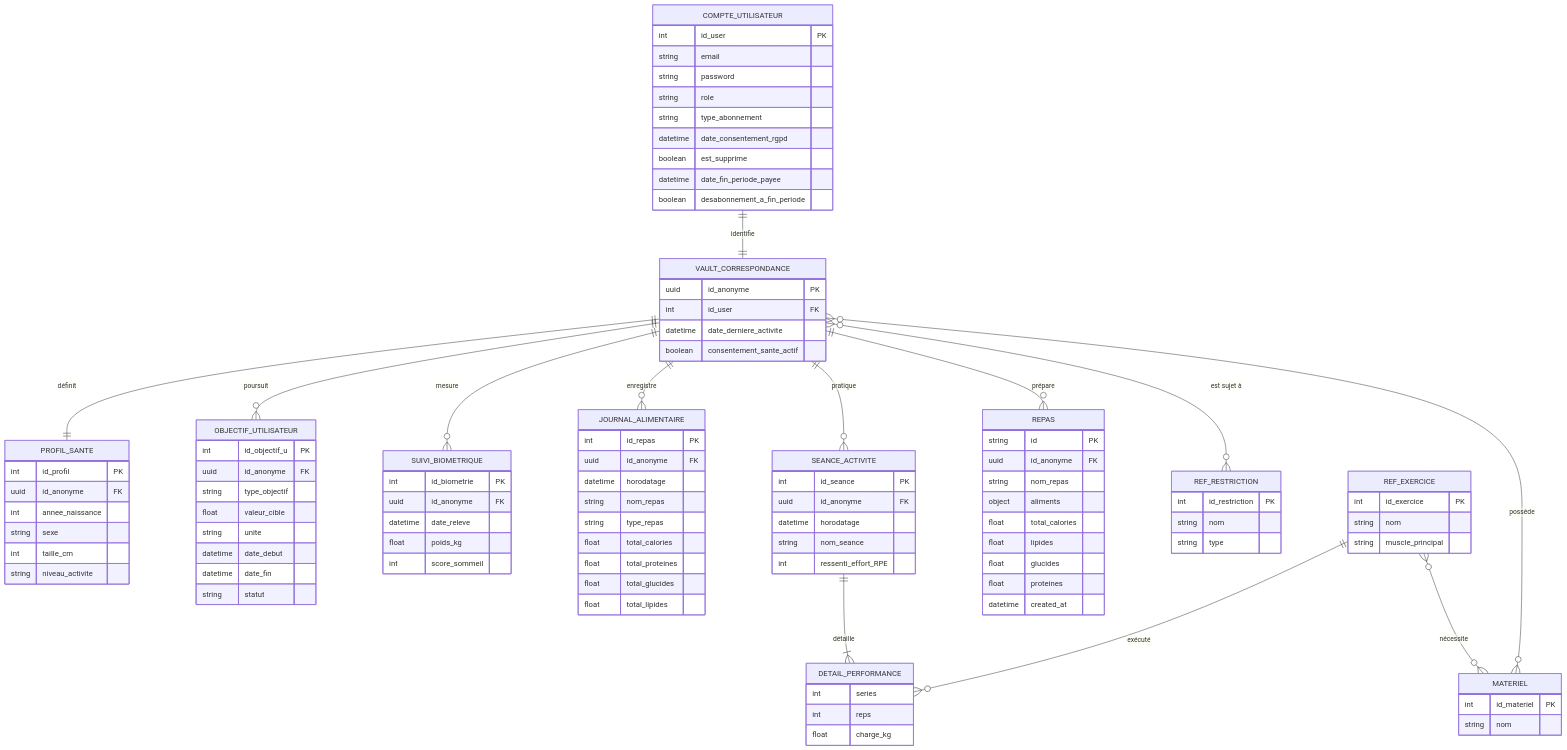
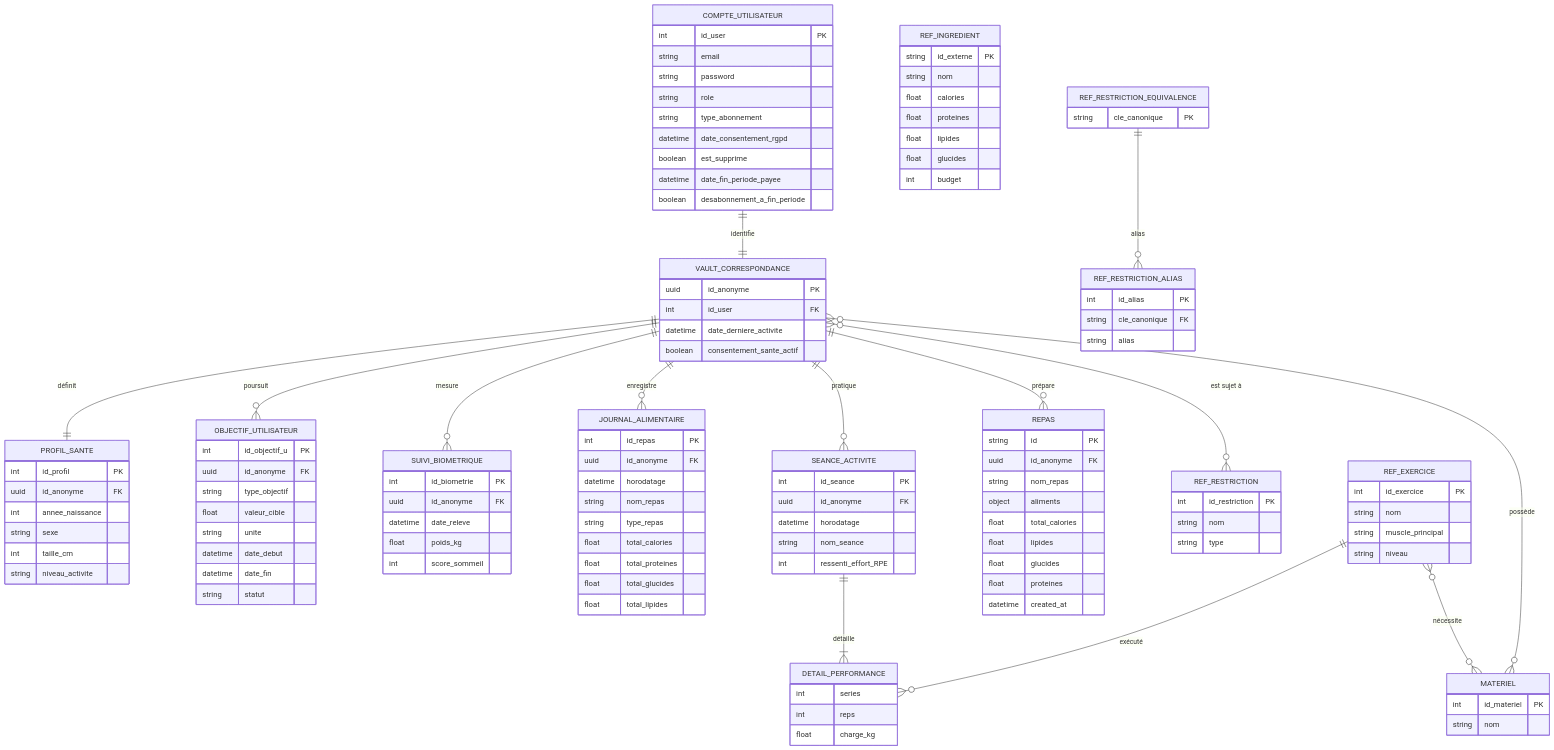
The second of 7 diagrams in README.md (Gwendal-Ferlin/MSPR502_BDD_Python), drawn with Mermaid before and after one commit. The commit also changed other lines of this file and 15 other files, not shown here.

Commit message:
ajout dans bdd, aliments/restriction_equivalence/materiel etc

```diff
--- a/README.md
+++ b/README.md
@@ -310,7 +324,26 @@
         int id_exercice PK
         string nom
         string muscle_principal
+        string niveau
     }
+    REF_INGREDIENT {
+        string id_externe PK
+        string nom
+        float calories
+        float proteines
+        float lipides
+        float glucides
+        int budget
+    }
+    REF_RESTRICTION_EQUIVALENCE {
+        string cle_canonique PK
+    }
+    REF_RESTRICTION_ALIAS {
+        int id_alias PK
+        string cle_canonique FK
+        string alias
+    }
+    REF_RESTRICTION_EQUIVALENCE ||--o{ REF_RESTRICTION_ALIAS : "alias"
     MATERIEL {
         int id_materiel PK
         string nom
```
